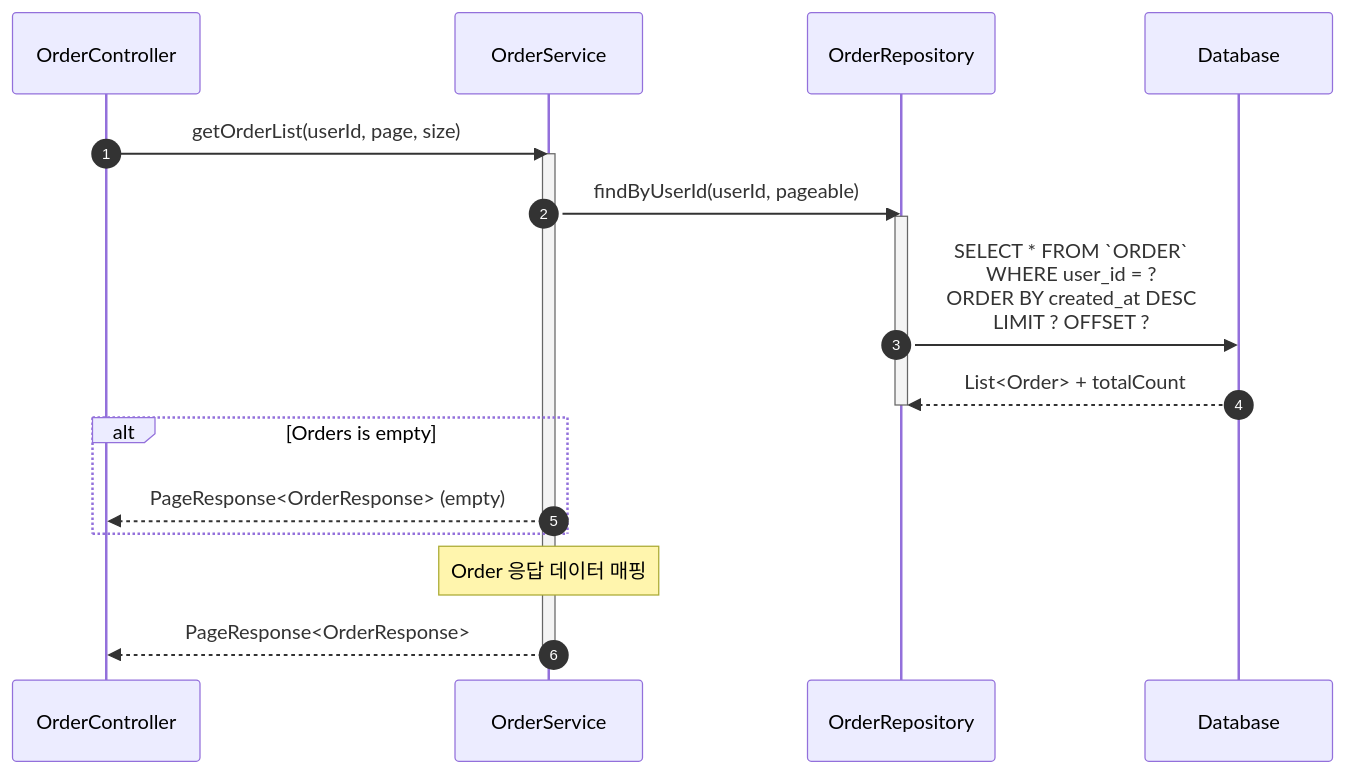
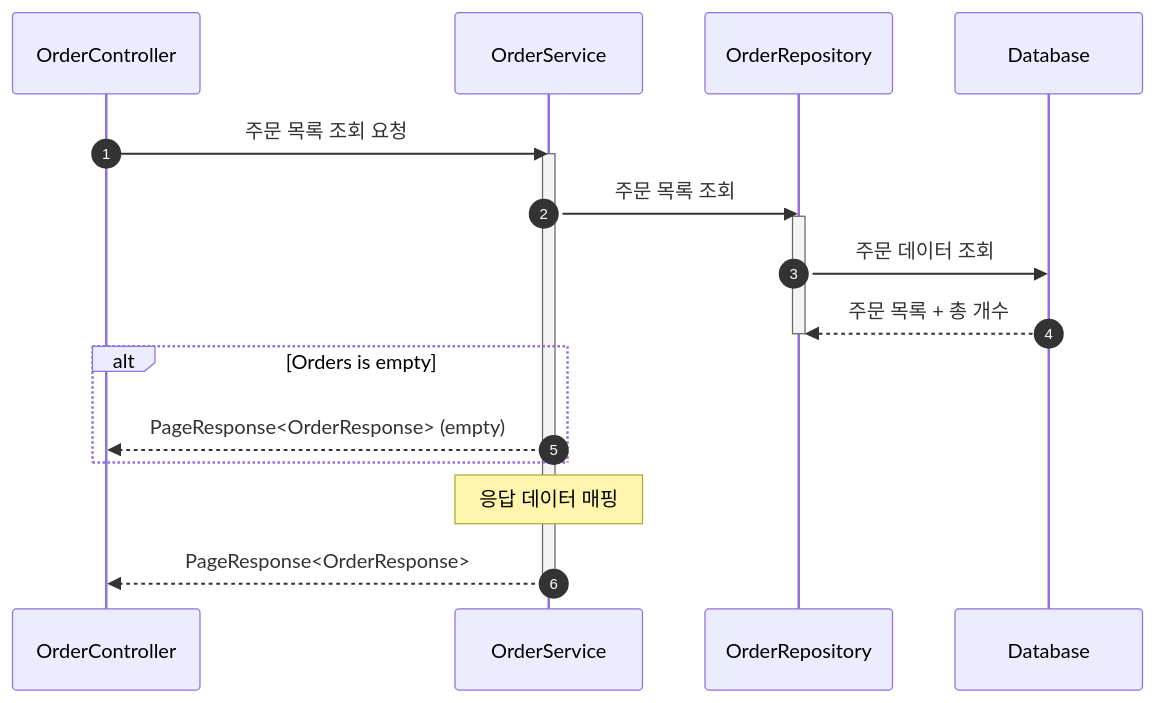
One commit to hye-ung97/hh-e-commerce changed the ninth of 16 diagrams in docs/api/api-specification.md. Above: the diagram before and after it, drawn with Mermaid. The commit also changed other lines of this file, not shown here.

Commit message:
fix: 시퀀스 다이어그램에서 함수 이름 -> 설명으로 변경

````diff
--- a/docs/api/api-specification.md
+++ b/docs/api/api-specification.md
@@ -532,26 +532,26 @@
 ```mermaid
 sequenceDiagram
     autonumber
     participant C as OrderController
     participant S as OrderService
     participant OR as OrderRepository
     participant DB as Database
 
-    C->>S: getOrderList(userId, page, size)
+    C->>S: 주문 목록 조회 요청
     activate S
 
-    S->>OR: findByUserId(userId, pageable)
+    S->>OR: 주문 목록 조회
     activate OR
-    OR->>DB: SELECT * FROM `ORDER`<br/>WHERE user_id = ?<br/>ORDER BY created_at DESC<br/>LIMIT ? OFFSET ?
-    DB-->>OR: List<Order> + totalCount
+    OR->>DB: 주문 데이터 조회
+    DB-->>OR: 주문 목록 + 총 개수
     deactivate OR
 
     alt Orders is empty
         S-->>C: PageResponse<OrderResponse> (empty)
     end
 
-    Note over S: Order 응답 데이터 매핑
+    Note over S: 응답 데이터 매핑
 
     S-->>C: PageResponse<OrderResponse>
     deactivate S
 ```
````
